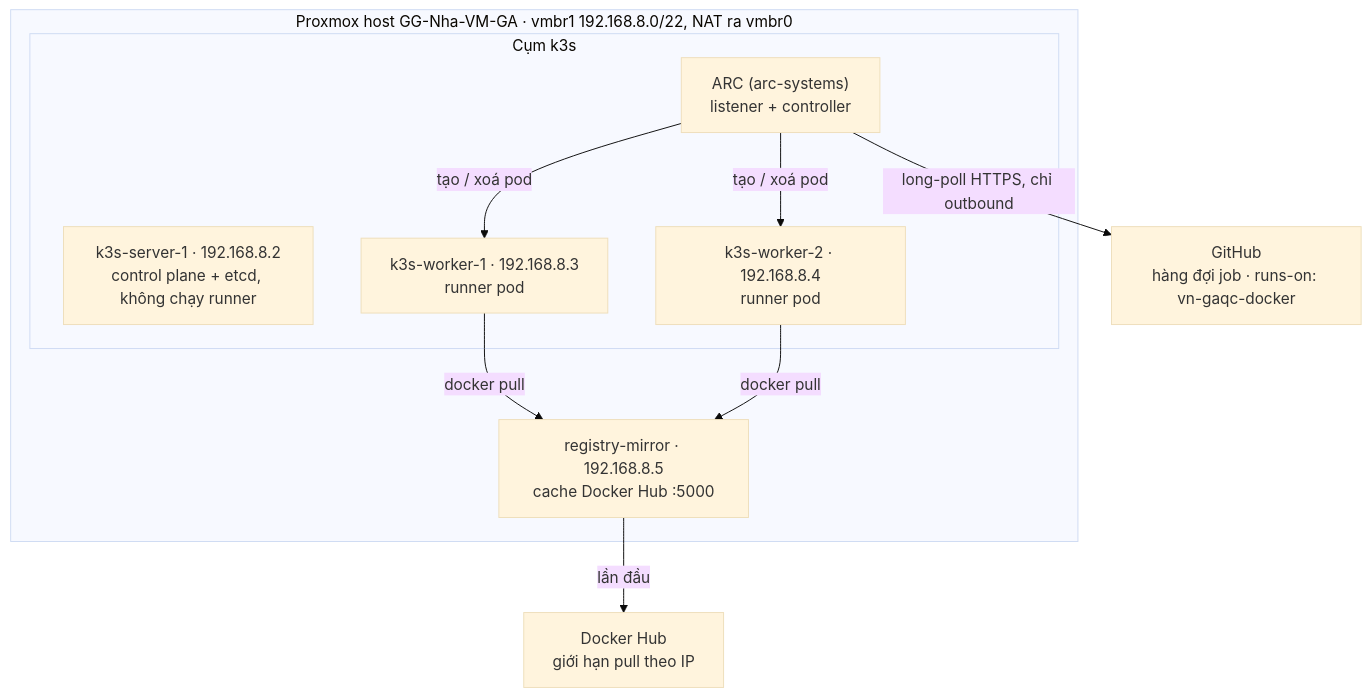
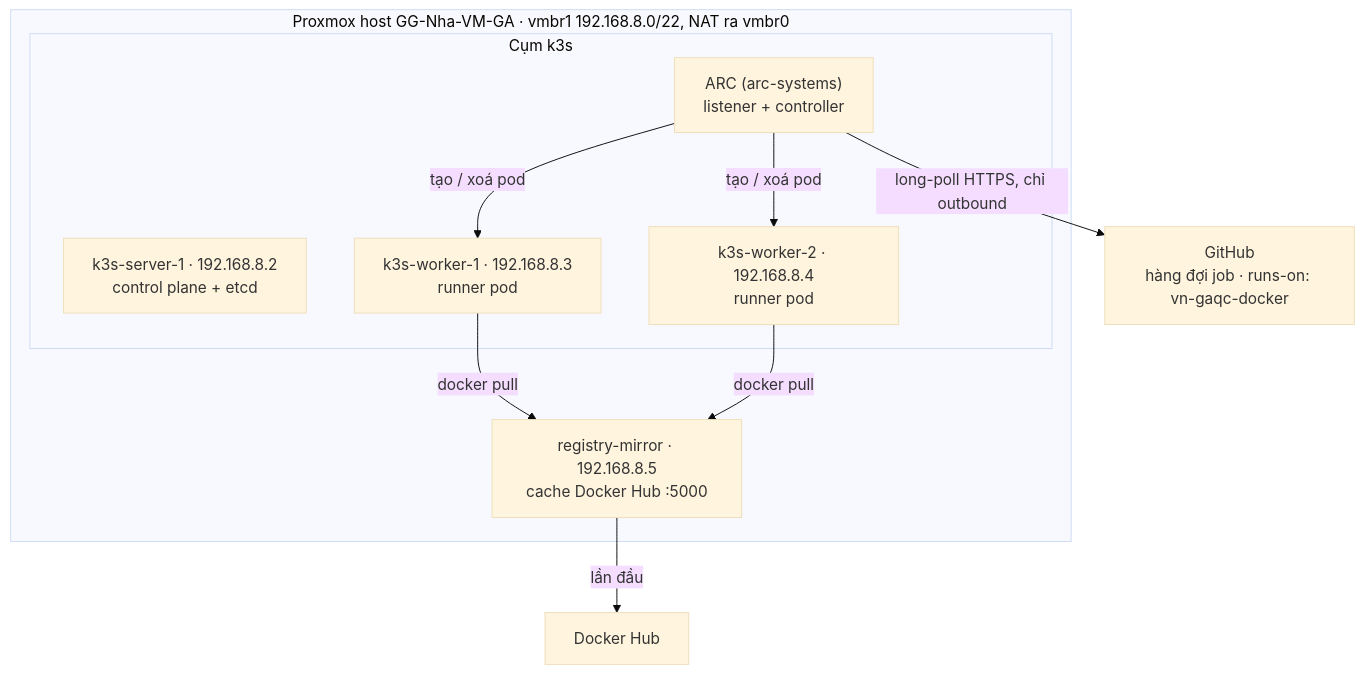
One commit to ynguyengravity/setup-github-runner changed the diagram in docs/proxmox-k3s-arc-guide.md. Above: the diagram before and after it, drawn with Mermaid (base theme). The commit also changed other lines of this file and 1 other file, not shown here.

````diff
--- a/docs/proxmox-k3s-arc-guide.md
+++ b/docs/proxmox-k3s-arc-guide.md
@@ -11,18 +11,18 @@
 ```mermaid
 flowchart TB
     GH["GitHub<br/>hàng đợi job · runs-on: vn-gaqc-docker"]
-    DH["Docker Hub<br/>giới hạn pull theo IP"]
+    DH["Docker Hub"]
     subgraph PVE["Proxmox host GG-Nha-VM-GA · vmbr1 192.168.8.0/22, NAT ra vmbr0"]
         subgraph K3S["Cụm k3s"]
             ARC["ARC (arc-systems)<br/>listener + controller"]
-            SRV["k3s-server-1 · 192.168.8.2<br/>control plane + etcd, không chạy runner"]
+            SRV["k3s-server-1 · 192.168.8.2<br/>control plane + etcd"]
             W1["k3s-worker-1 · 192.168.8.3<br/>runner pod"]
             W2["k3s-worker-2 · 192.168.8.4<br/>runner pod"]
         end
         MIR["registry-mirror · 192.168.8.5<br/>cache Docker Hub :5000"]
     end
     ARC -- "long-poll HTTPS, chỉ outbound" --> GH
     ARC -- "tạo / xoá pod" --> W1 & W2
     W1 & W2 -- "docker pull" --> MIR
     MIR -- "lần đầu" --> DH
 ```
````
